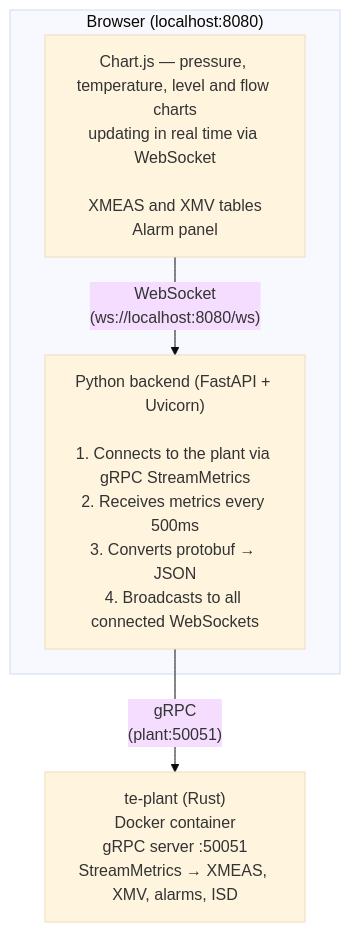
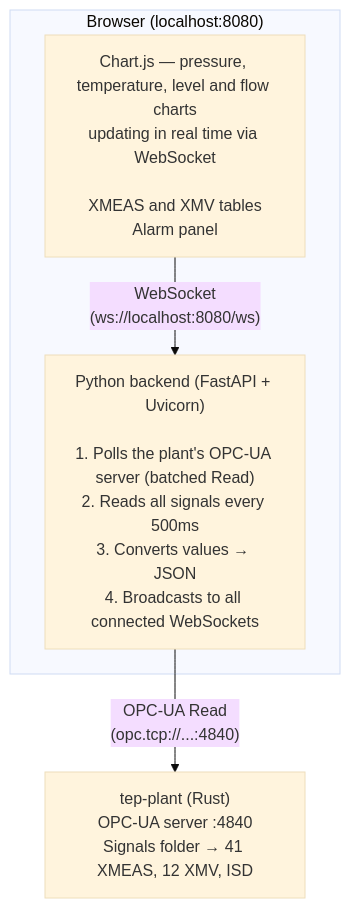
The diagram in README.md (Green-Cinnamon-Labs/tep-ihm), drawn with Mermaid (base theme) before and after one commit. The commit also changed other lines of this file and 9 other files, not shown here.

````diff
--- a/README.md
+++ b/README.md
@@ -18,25 +18,24 @@
 ```mermaid
 flowchart TB
     subgraph Browser["Browser (localhost:8080)"]
         UI["Chart.js — pressure, temperature, level and flow charts
 updating in real time via WebSocket
 
 XMEAS and XMV tables
 Alarm panel"]
 
         API["Python backend (FastAPI + Uvicorn)
 
-1. Connects to the plant via gRPC StreamMetrics
-2. Receives metrics every 500ms
-3. Converts protobuf → JSON
+1. Polls the plant's OPC-UA server (batched Read)
+2. Reads all signals every 500ms
+3. Converts values → JSON
 4. Broadcasts to all connected WebSockets"]
     end
 
-    Plant["te-plant (Rust)
-Docker container
-gRPC server :50051
-StreamMetrics → XMEAS, XMV, alarms, ISD"]
+    Plant["tep-plant (Rust)
+OPC-UA server :4840
+Signals folder → 41 XMEAS, 12 XMV, ISD"]
 
     UI -->|"WebSocket\n(ws://localhost:8080/ws)"| API
-    API -->|"gRPC\n(plant:50051)"| Plant
+    API -->|"OPC-UA Read\n(opc.tcp://...:4840)"| Plant
 ```
````
